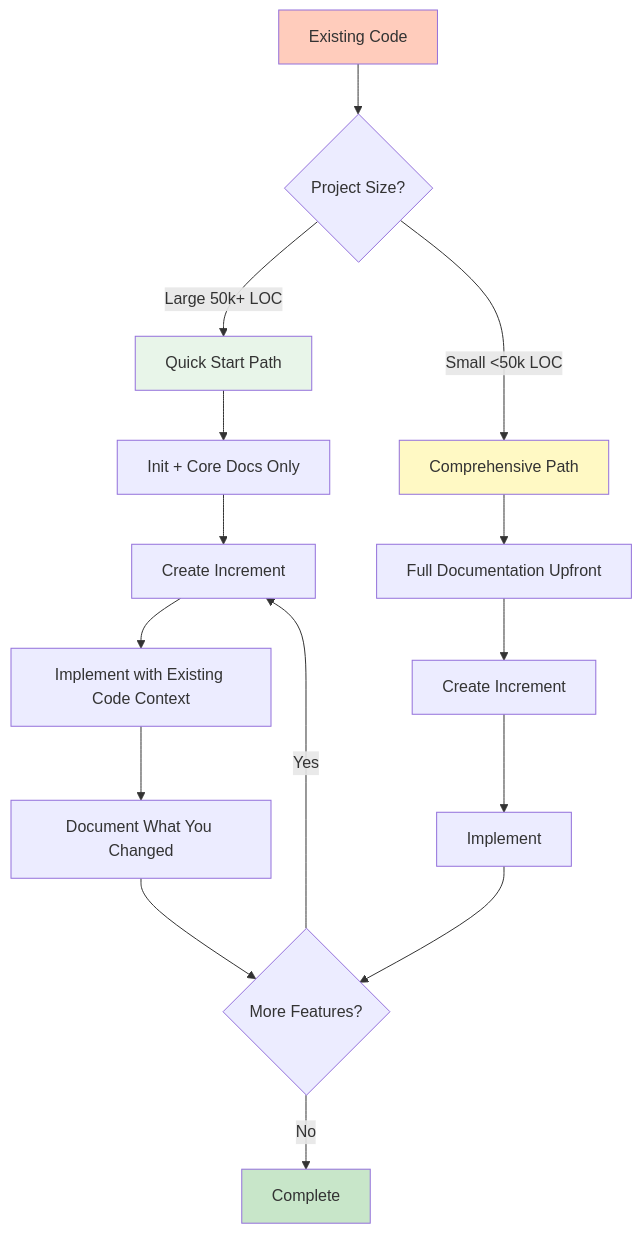
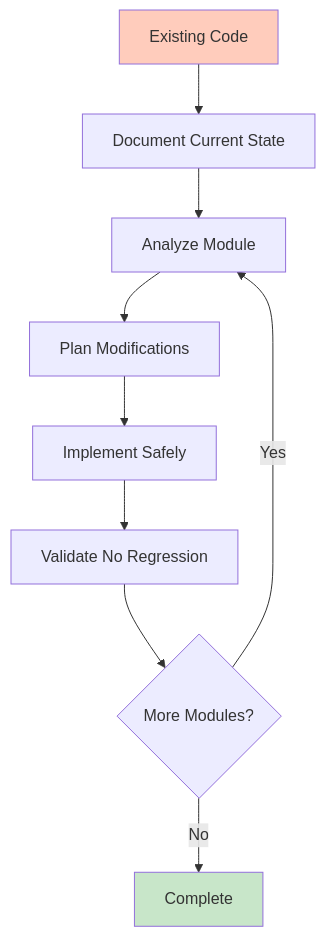
Before and after one commit to anton-abyzov/specweave: the ninth of 11 diagrams in docs-site/docs/workflows/overview.md, drawn with Mermaid. The commit also changed other lines of this file and 144 other files, not shown here.

````diff
--- a/docs-site/docs/workflows/overview.md
+++ b/docs-site/docs/workflows/overview.md
@@ -258,24 +258,14 @@
 ```mermaid
 graph TB
-    A[Existing Code] --> B{Project Size?}
-    B -->|Large 50k+ LOC| C[Quick Start Path]
-    B -->|Small <50k LOC| D[Comprehensive Path]
-
-    C --> E[Init + Core Docs Only]
-    E --> F[Create Increment]
-    F --> G[Implement with Existing Code Context]
-    G --> H[Document What You Changed]
-    H --> I{More Features?}
-    I -->|Yes| F
-    I -->|No| J[Complete]
-
-    D --> K[Full Documentation Upfront]
-    K --> L[Create Increment]
-    L --> M[Implement]
-    M --> I
+    A[Existing Code] --> B[Document Current State]
+    B --> C[Analyze Module]
+    C --> D[Plan Modifications]
+    D --> E[Implement Safely]
+    E --> F[Validate No Regression]
+    F --> G{More Modules?}
+    G -->|Yes| C
+    G -->|No| H[Complete]
 
     style A fill:#ffccbc
-    style C fill:#e8f5e9
-    style D fill:#fff9c4
-    style J fill:#c8e6c9
+    style H fill:#c8e6c9
 ```
````
